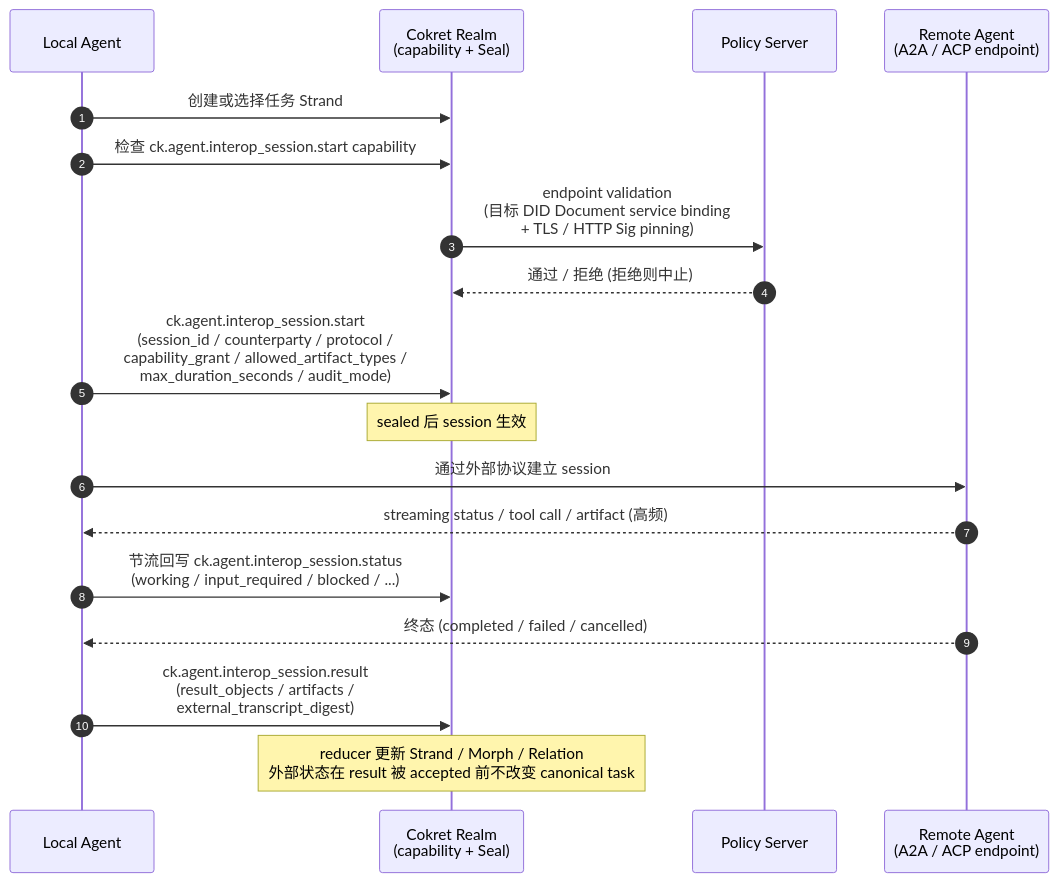
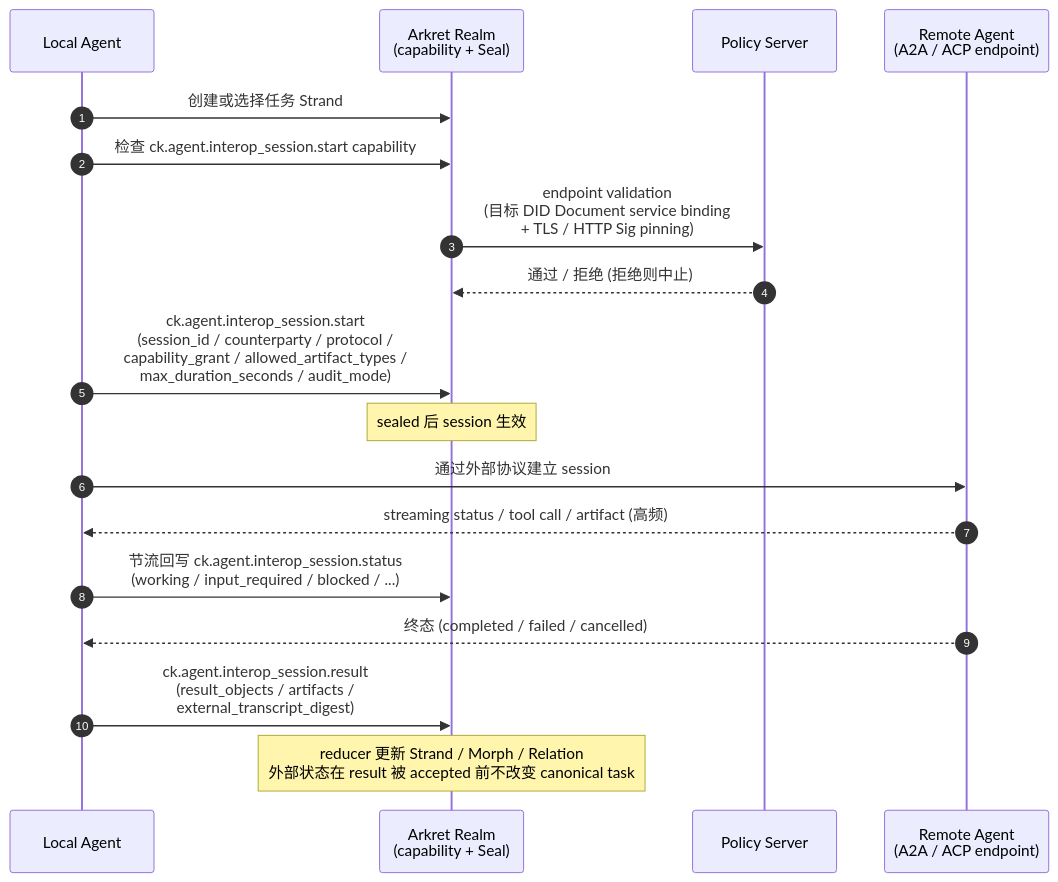
The diagram in spec/v1/zh/extensions/agent-protocol-interop.md (arkret-org/arkret-spec), drawn with Mermaid before and after one commit. The commit also changed other lines of this file and 302 other files, not shown here.

Commit message:
rename cokret -> arkret

````diff
--- a/spec/v1/zh/extensions/agent-protocol-interop.md
+++ b/spec/v1/zh/extensions/agent-protocol-interop.md
@@ -293,23 +293,23 @@
 ```mermaid
 sequenceDiagram
     autonumber
     participant LocalAg as Local Agent
-    participant Cx as Cokret Realm<br>(capability + Seal)
+    participant Cx as Arkret Realm<br>(capability + Seal)
     participant Pol as Policy Server
     participant Remote as Remote Agent<br>(A2A / ACP endpoint)
 
     LocalAg->>Cx: 创建或选择任务 Strand
     LocalAg->>Cx: 检查 ck.agent.interop_session.start capability
     Cx->>Pol: endpoint validation<br>(目标 DID Document service binding<br> + TLS / HTTP Sig pinning)
     Pol-->>Cx: 通过 / 拒绝 (拒绝则中止)
     LocalAg->>Cx: ck.agent.interop_session.start<br>(session_id / counterparty / protocol /<br> capability_grant / allowed_artifact_types /<br> max_duration_seconds / audit_mode)
     note over Cx: sealed 后 session 生效
 
     LocalAg->>Remote: 通过外部协议建立 session
     Remote-->>LocalAg: streaming status / tool call / artifact (高频)
     LocalAg->>Cx: 节流回写 ck.agent.interop_session.status<br>(working / input_required / blocked / ...)
 
     Remote-->>LocalAg: 终态 (completed / failed / cancelled)
     LocalAg->>Cx: ck.agent.interop_session.result<br>(result_objects / artifacts /<br> external_transcript_digest)
     note over Cx: reducer 更新 Strand / Morph / Relation<br>外部状态在 result 被 accepted 前不改变 canonical task
 ```
````
